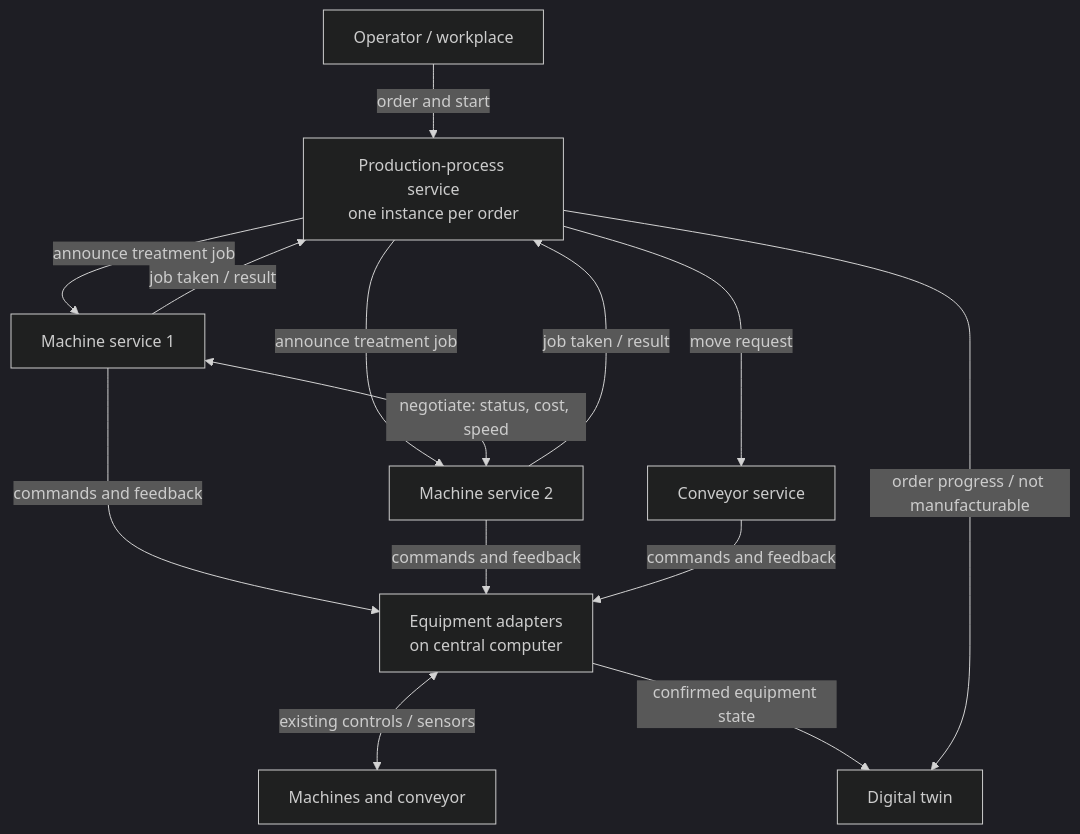
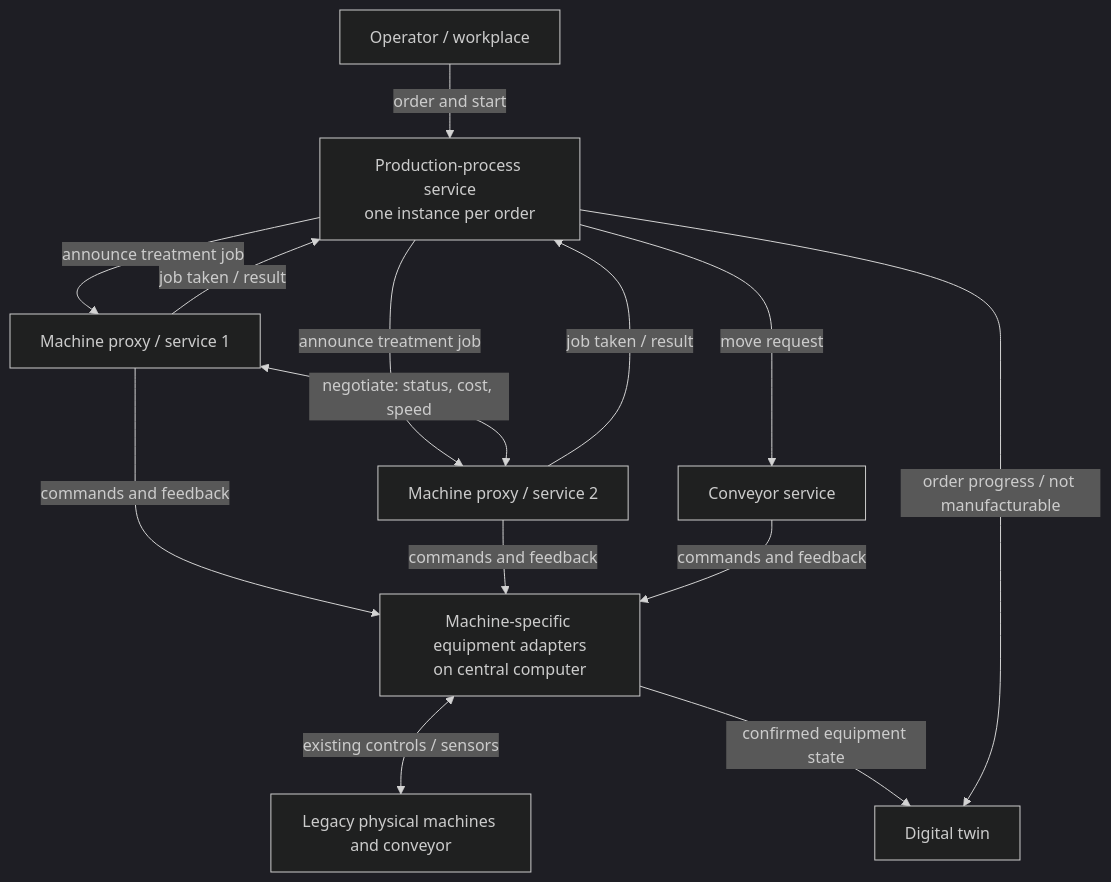
The third of 4 diagrams in docs/architecture/overview.md (feintechnikschule/factory-hub), drawn with Mermaid (dark theme) before and after one commit. The commit also changed other lines of this file and 8 other files, not shown here.

First line of the commit message:
docs: add ADRs 0003-0009 and update architecture overview

````diff
--- a/docs/architecture/overview.md
+++ b/docs/architecture/overview.md
@@ -17,22 +46,22 @@
 ```mermaid
 flowchart TD
     Operator[Operator / workplace] -->|order and start| Process[Production-process service<br/>one instance per order]
 
-    Process -->|announce treatment job| MS1[Machine service 1]
-    Process -->|announce treatment job| MS2[Machine service 2]
+    Process -->|announce treatment job| MS1[Machine proxy / service 1]
+    Process -->|announce treatment job| MS2[Machine proxy / service 2]
 
     MS1 <-->|negotiate: status, cost, speed| MS2
 
     MS1 -->|job taken / result| Process
     MS2 -->|job taken / result| Process
 
     Process -->|move request| Conveyor[Conveyor service]
 
-    MS1 -->|commands and feedback| Adapter[Equipment adapters<br/>on central computer]
+    MS1 -->|commands and feedback| Adapter[Machine-specific equipment adapters<br/>on central computer]
     MS2 -->|commands and feedback| Adapter
     Conveyor -->|commands and feedback| Adapter
 
-    Adapter <-->|existing controls / sensors| Equipment[Machines and conveyor]
+    Adapter <-->|existing controls / sensors| Equipment[Legacy physical machines and conveyor]
     Adapter -->|confirmed equipment state| Twin[Digital twin]
     Process -->|order progress / not manufacturable| Twin
 ```
````
